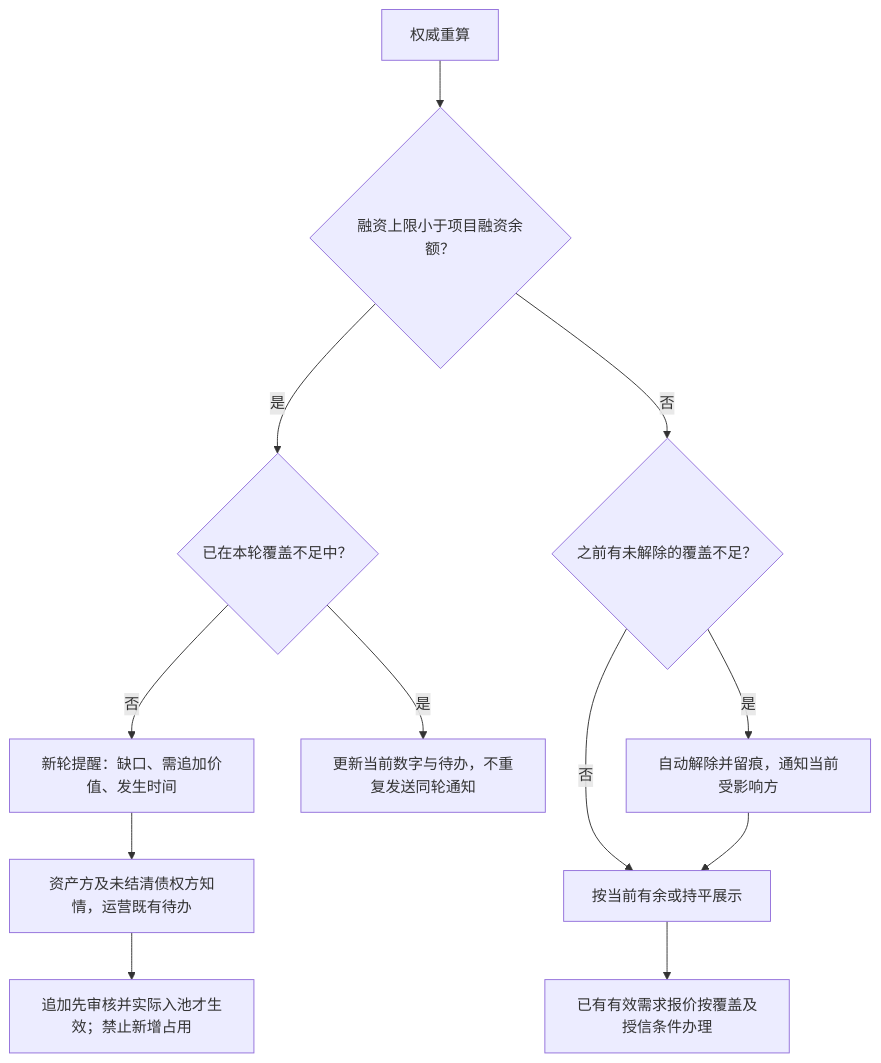
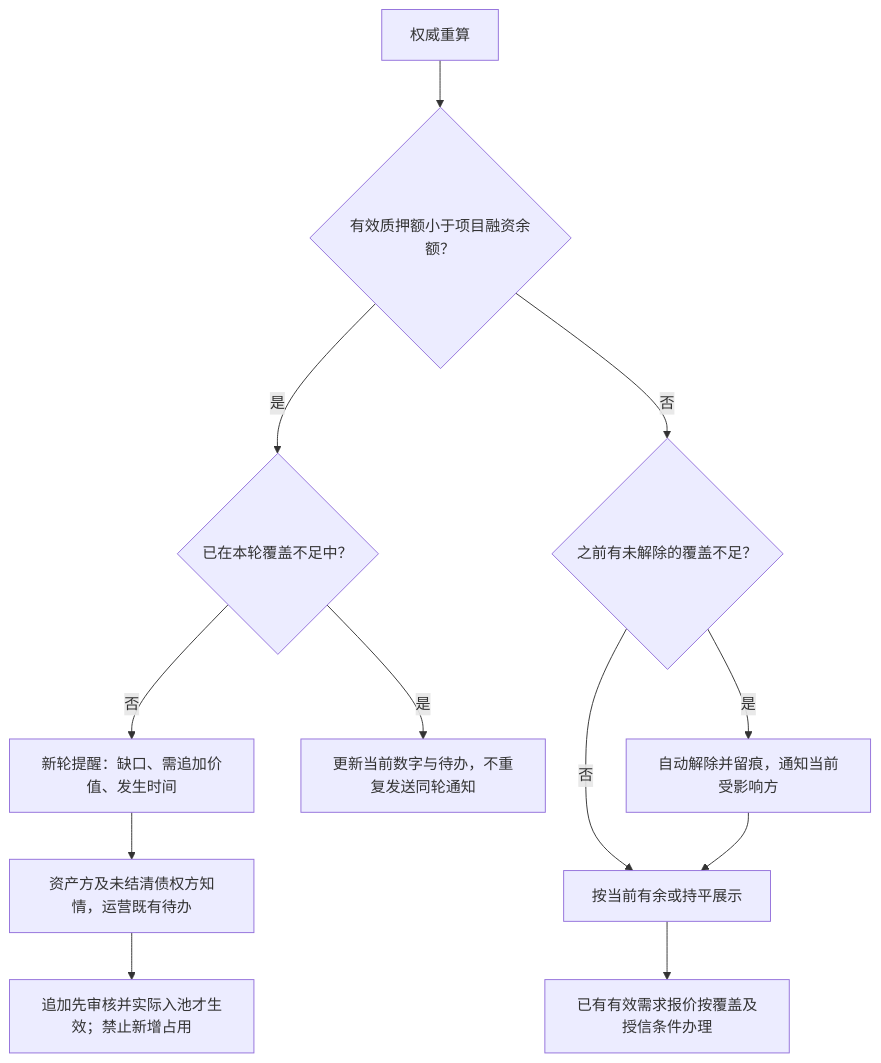
Before and after one commit to wxblockchain/Chain-Financing: the sixth of 10 diagrams in lending-platform/PRD/v1.0-借贷广场-融资需求与代币质押/02-融资需求与代币质押-流程图与状态机.md, drawn with Mermaid. The commit also changed other lines of this file and 5 other files, not shown here.

````diff
--- a/lending-platform/PRD/v1.0-借贷广场-融资需求与代币质押/02-融资需求与代币质押-流程图与状态机.md
+++ b/lending-platform/PRD/v1.0-借贷广场-融资需求与代币质押/02-融资需求与代币质押-流程图与状态机.md
@@ -167,14 +171,14 @@
 ```mermaid
 flowchart TD
-  A[权威重算] --> B{融资上限小于项目融资余额？}
+  A[权威重算] --> B{有效质押额小于项目融资余额？}
   B -- 是 --> C{已在本轮覆盖不足中？}
   C -- 否 --> D[新轮提醒：缺口、需追加价值、发生时间]
   D --> E[资产方及未结清债权方知情，运营既有待办]
   E --> F[追加先审核并实际入池才生效；禁止新增占用]
   C -- 是 --> G[更新当前数字与待办，不重复发送同轮通知]
   B -- 否 --> H{之前有未解除的覆盖不足？}
   H -- 是 --> I[自动解除并留痕，通知当前受影响方]
   H -- 否 --> J[按当前有余或持平展示]
   I --> J
   J --> K[已有有效需求报价按覆盖及授信条件办理]
 ```
````
